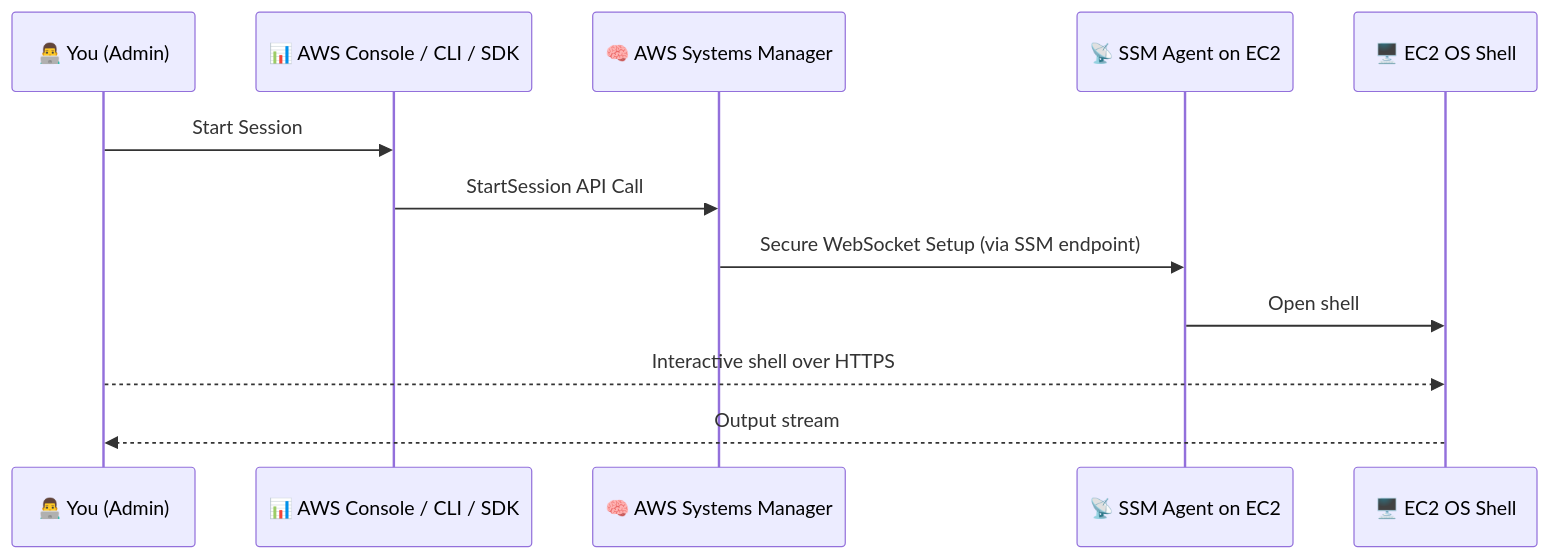
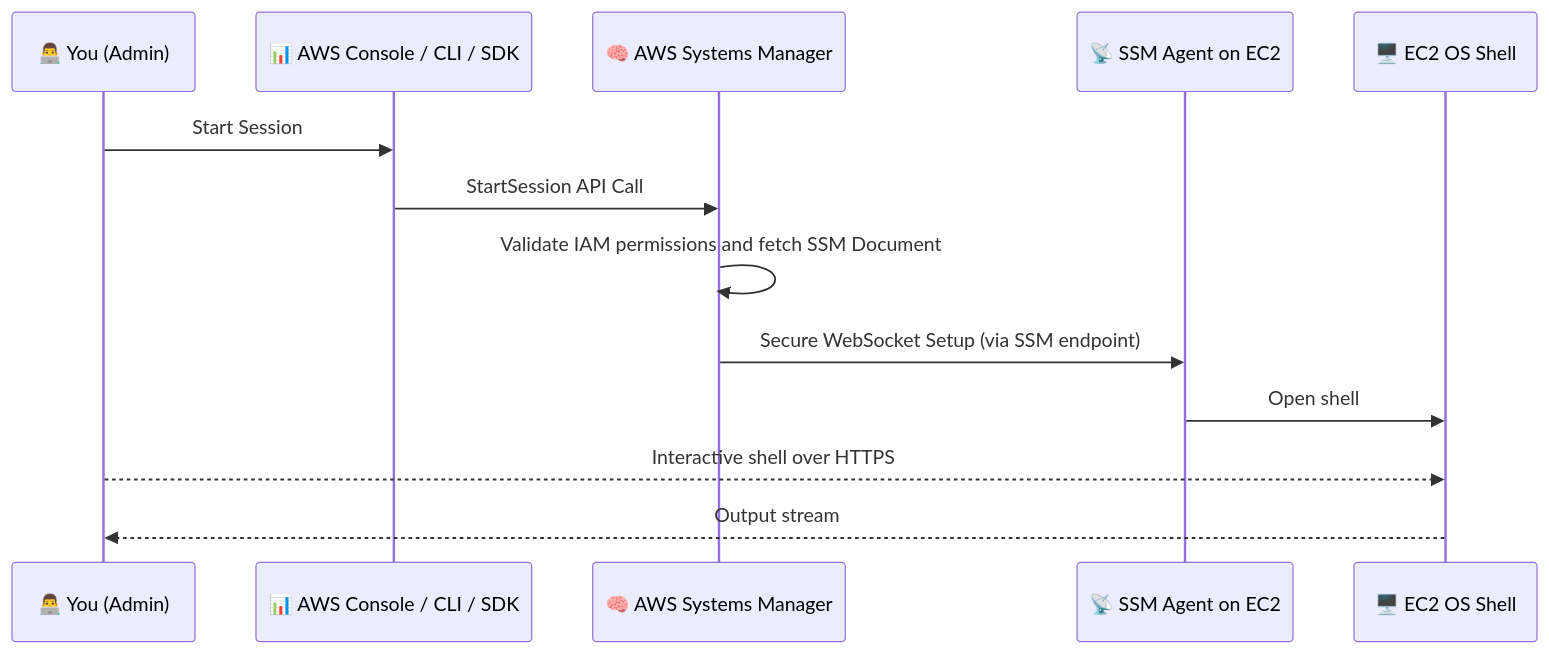
Before and after one commit to hadywafa/AwsHub: the diagram in aws-services/1.management-governance/4.1.system-manager/2.1.session-manager.md, drawn with Mermaid. The commit also changed other lines of this file and 17 other files, not shown here.

````diff
--- a/aws-services/1.management-governance/4.1.system-manager/2.1.session-manager.md
+++ b/aws-services/1.management-governance/4.1.system-manager/2.1.session-manager.md
@@ -30,15 +32,16 @@
 ```mermaid
 sequenceDiagram
     participant Admin as 👨‍💻 You (Admin)
     participant Console as 📊 AWS Console / CLI / SDK
     participant SSM as 🧠 AWS Systems Manager
     participant Agent as 📡 SSM Agent on EC2
     participant EC2 as 🖥️ EC2 OS Shell
 
     Admin->>Console: Start Session
     Console->>SSM: StartSession API Call
+    SSM->>SSM: Validate IAM permissions and fetch SSM Document
     SSM->>Agent: Secure WebSocket Setup (via SSM endpoint)
     Agent->>EC2: Open shell
     Admin-->>EC2: Interactive shell over HTTPS
     EC2-->>Admin: Output stream
 ```
````
